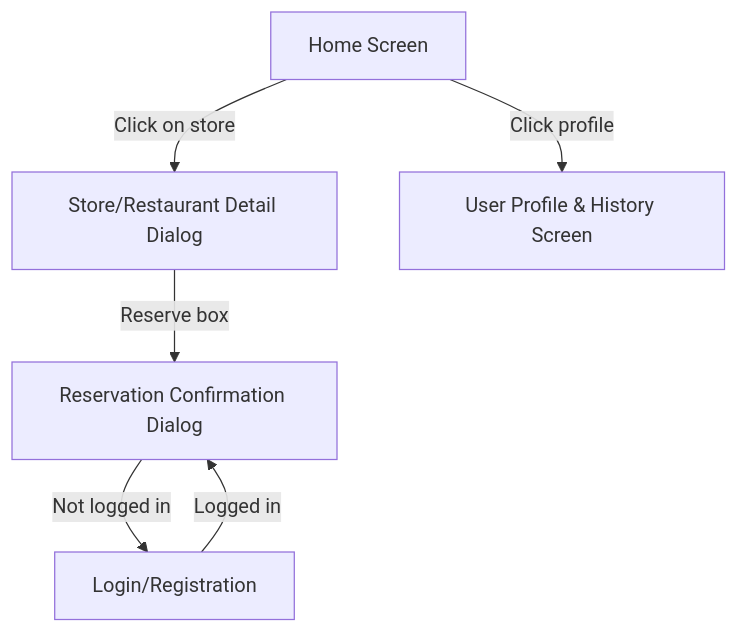
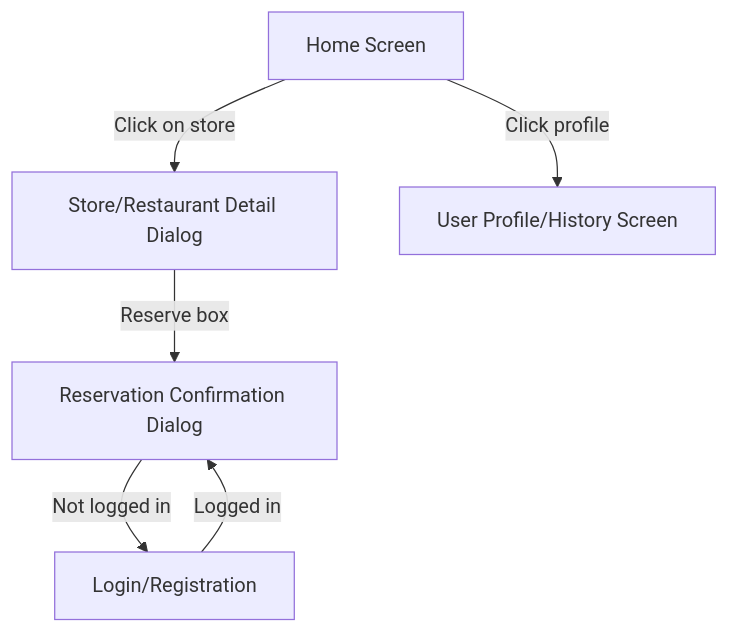
The first of 6 diagrams in planning/ConceptInterfaces.md (vanakenm/hyf-frontend-template), drawn with Mermaid before and after one commit.

Commit message:
diagram code

````diff
--- a/planning/ConceptInterfaces.md
+++ b/planning/ConceptInterfaces.md
@@ -19,8 +19,8 @@
 ```mermaid
 graph TD
-    A[Home Screen] -->|Click on store| B[Store/Restaurant Detail Dialog]
+    A[Home Screen] -->|Click on store| B[ Store/Restaurant Detail Dialog]
     B -->|Reserve box| C[Reservation Confirmation Dialog]
-    C -->|Not logged in| D[Login/Registration]
+    C -->|Not logged in| D[ Login/Registration ]
     D -->|Logged in| C
-    A -->|Click profile| E[User Profile & History Screen]
+    A -->|Click profile| E[User Profile/History Screen]
 ```
````
